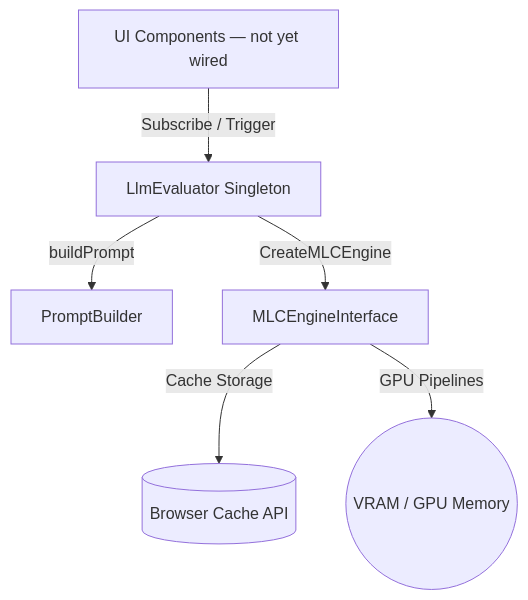
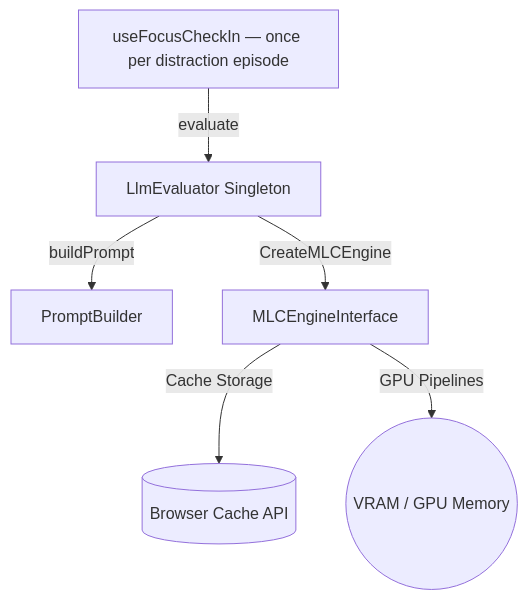
Before and after one commit to Masterslayer7/FocusSentinel: the first of 2 diagrams in src/renderer/services/llm/CONTEXT.md, drawn with Mermaid. The commit also changed other lines of this file and 10 other files, not shown here.

First line of the commit message:
feat(focus): check in with LlmEvaluator once per distraction (Milestone 5)

````diff
--- a/src/renderer/services/llm/CONTEXT.md
+++ b/src/renderer/services/llm/CONTEXT.md
@@ -27,8 +27,8 @@
 ```mermaid
 graph TD
-    UI[UI Components — not yet wired] -->|Subscribe / Trigger| Service[LlmEvaluator Singleton]
+    UI[useFocusCheckIn — once per distraction episode] -->|evaluate| Service[LlmEvaluator Singleton]
     Service -->|buildPrompt| PromptBuilder[PromptBuilder]
     Service -->|CreateMLCEngine| MLC[MLCEngineInterface]
     MLC -->|Cache Storage| Storage[(Browser Cache API)]
     MLC -->|GPU Pipelines| VRAM((VRAM / GPU Memory))
 ```
````
